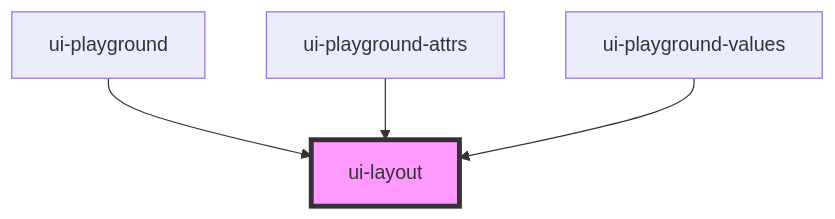
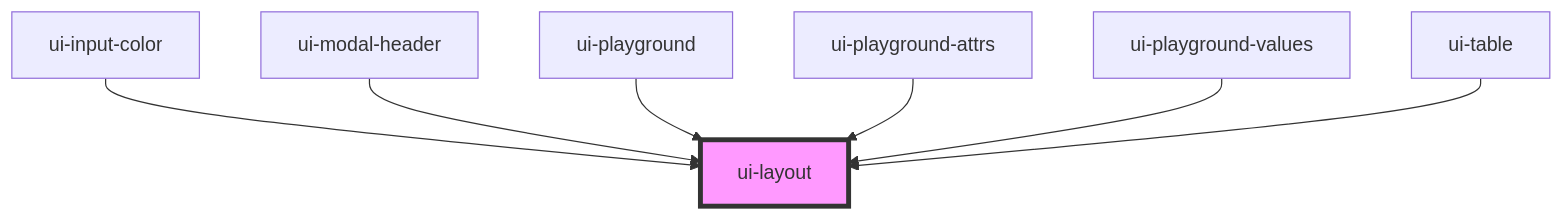
The diagram in src/components/ui-layout/readme.md (shahzad1970/psycho-ui), drawn with Mermaid before and after one commit. The commit also changed other lines of this file and 112 other files, not shown here.

````diff
--- a/src/components/ui-layout/readme.md
+++ b/src/components/ui-layout/readme.md
@@ -32,7 +38,10 @@
 ```mermaid
 graph TD;
+  ui-input-color --> ui-layout
+  ui-modal-header --> ui-layout
   ui-playground --> ui-layout
   ui-playground-attrs --> ui-layout
   ui-playground-values --> ui-layout
+  ui-table --> ui-layout
   style ui-layout fill:#f9f,stroke:#333,stroke-width:4px
 ```
````
